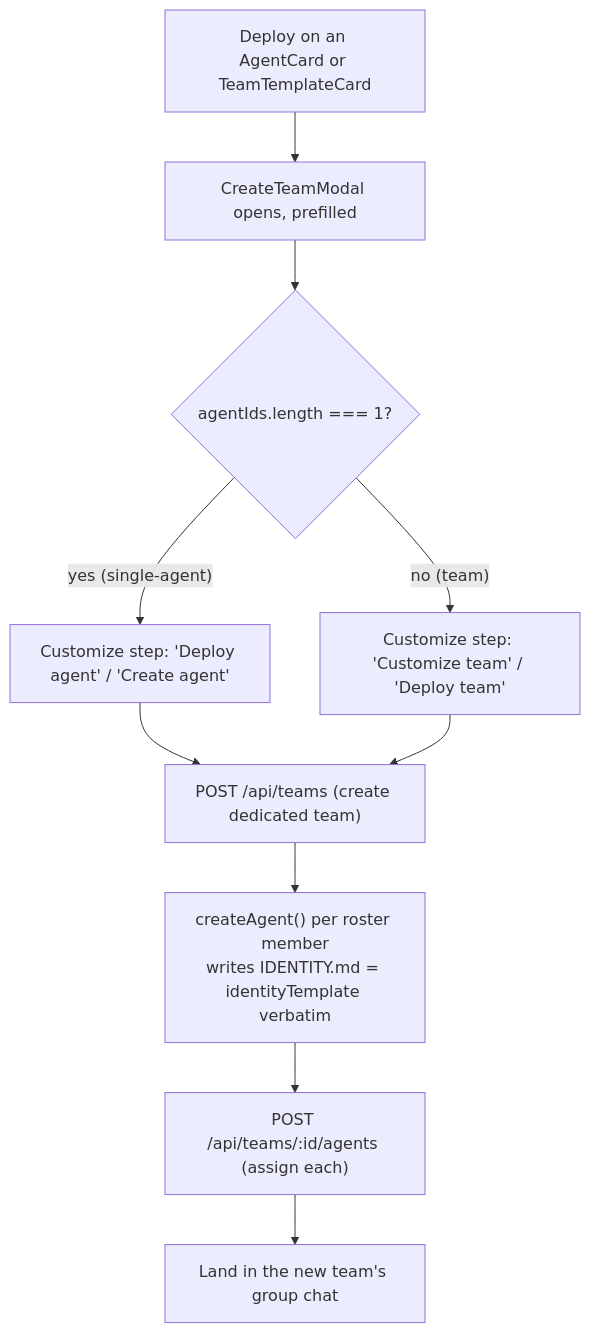
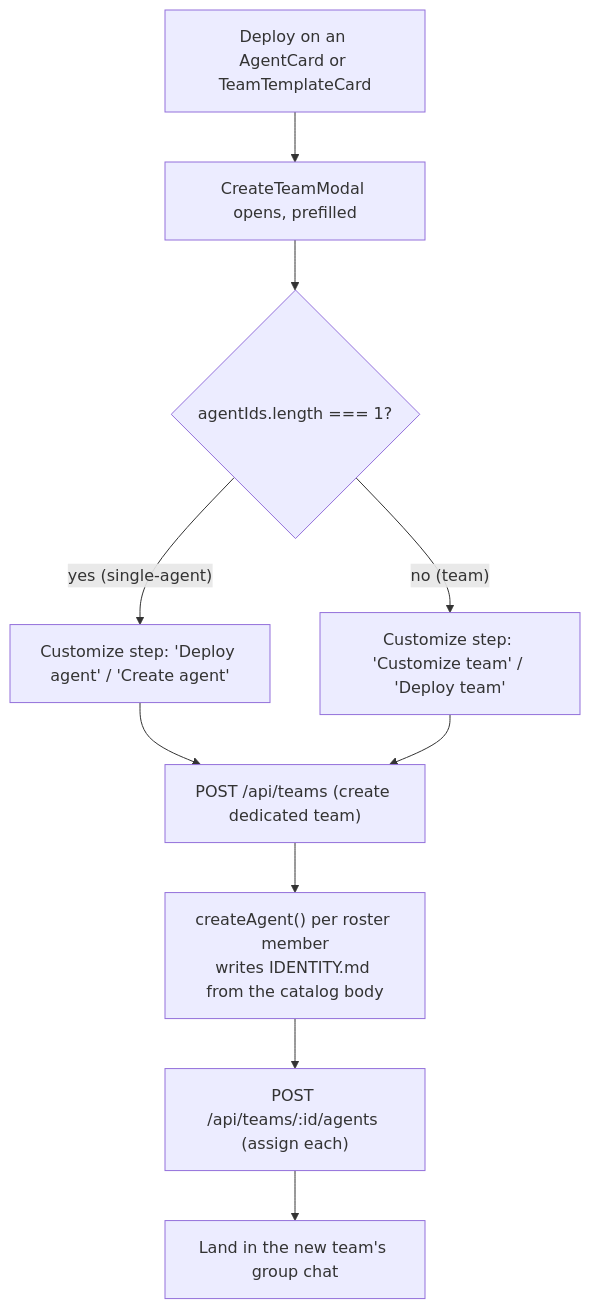
One commit to clawboo/clawboo changed the diagram in docs/using/marketplace.md. Above: the diagram before and after it, drawn with Mermaid. The commit also changed other lines of this file and 756 other files, not shown here.

````diff
--- a/docs/using/marketplace.md
+++ b/docs/using/marketplace.md
@@ -99,12 +104,12 @@
 ```mermaid
 flowchart TD
     A["Deploy on an AgentCard or TeamTemplateCard"] --> B["CreateTeamModal opens, prefilled"]
     B --> C{"agentIds.length === 1?"}
     C -->|"yes (single-agent)"| D["Customize step: 'Deploy agent' / 'Create agent'"]
     C -->|"no (team)"| E["Customize step: 'Customize team' / 'Deploy team'"]
     D --> F["POST /api/teams (create dedicated team)"]
     E --> F
-    F --> G["createAgent() per roster member<br/>writes IDENTITY.md = identityTemplate verbatim"]
+    F --> G["createAgent() per roster member<br/>writes IDENTITY.md from the catalog body"]
     G --> H["POST /api/teams/:id/agents (assign each)"]
     H --> I["Land in the new team's group chat"]
 ```
````
